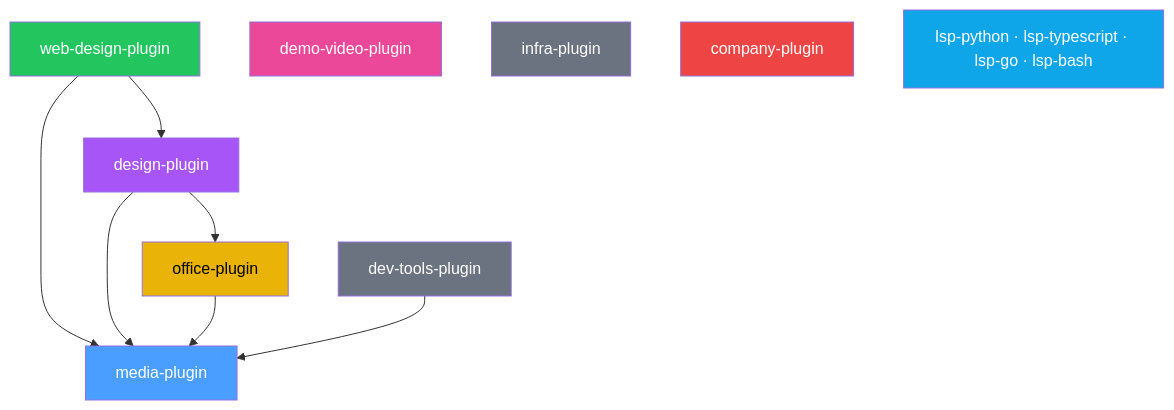
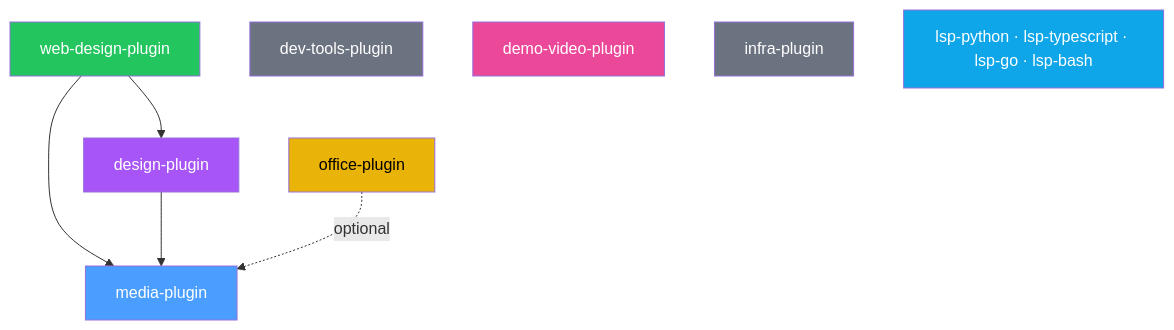
Before and after one commit to lukaskellerstein/claude-my-marketplace: the diagram in README.md, drawn with Mermaid. The commit also changed other lines of this file and 29 other files, not shown here.

First line of the commit message:
Remove company-plugin and make plugins work standalone (#6)

````diff
--- a/README.md
+++ b/README.md
@@ -121,23 +117,20 @@
 ```mermaid
 graph TD
     webdesign[web-design-plugin] --> design[design-plugin]
     webdesign --> media[media-plugin]
     design --> media
-    design --> office[office-plugin]
-    office --> media
-    dev[dev-tools-plugin] --> media
+    office[office-plugin] -.->|optional| media
+    dev[dev-tools-plugin]
     demo[demo-video-plugin]
     infra[infra-plugin]
-    company[company-plugin]
     lsp["lsp-python · lsp-typescript · lsp-go · lsp-bash"]
 
     style media fill:#4a9eff,color:#fff
     style design fill:#a855f7,color:#fff
     style webdesign fill:#22c55e,color:#fff
     style office fill:#eab308,color:#000
     style demo fill:#ec4899,color:#fff
     style dev fill:#6b7280,color:#fff
     style infra fill:#6b7280,color:#fff
-    style company fill:#ef4444,color:#fff
     style lsp fill:#0ea5e9,color:#fff
 ```
````
